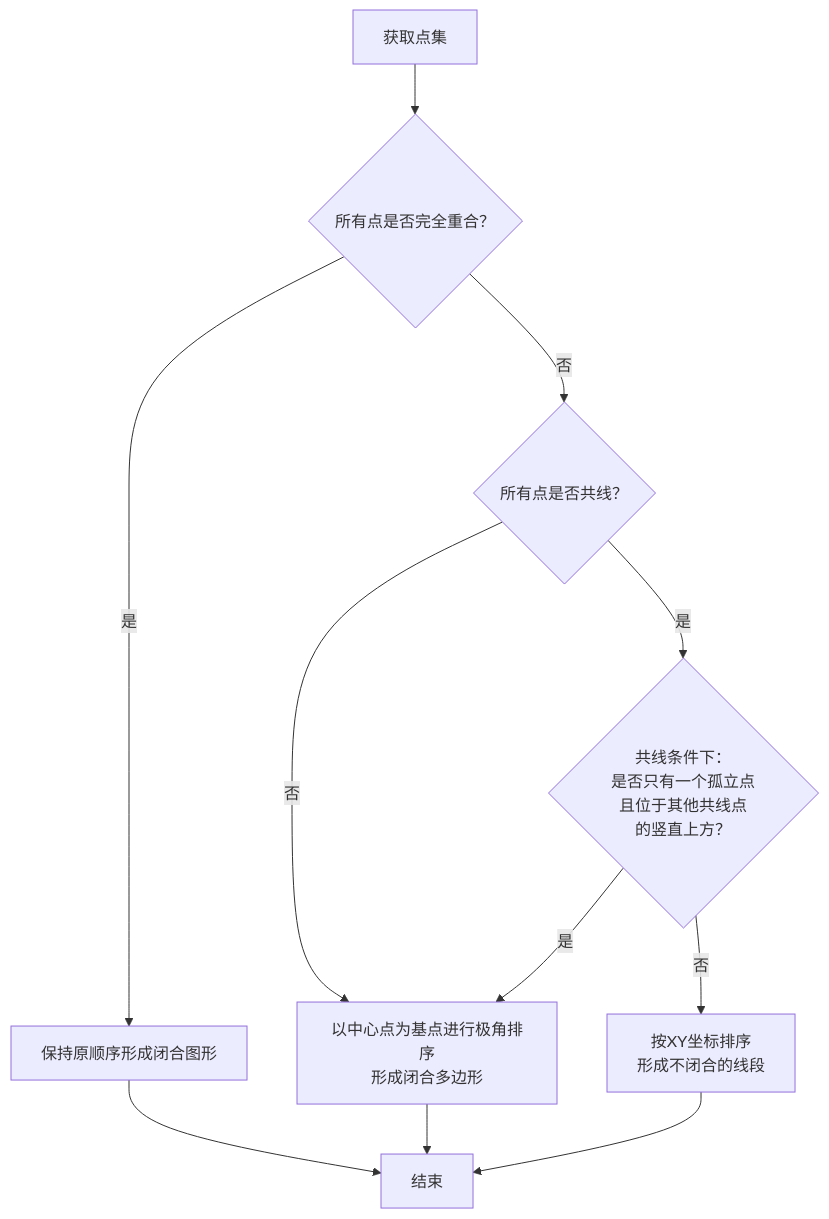
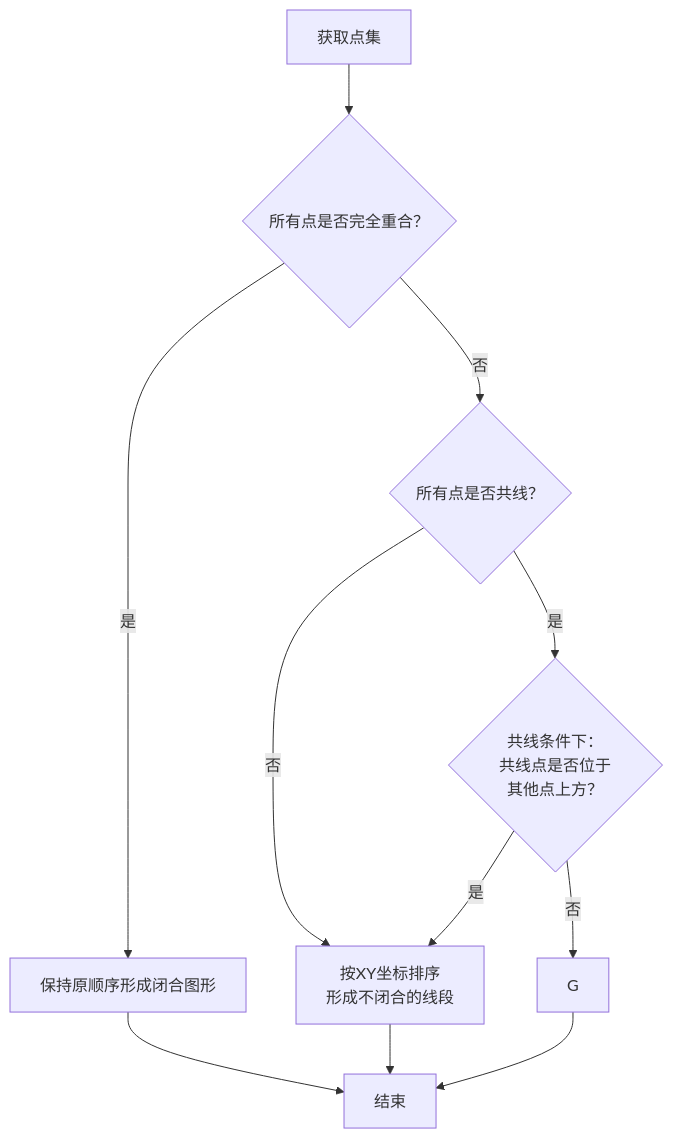
One commit to hiki8man/Mizuki changed the diagram in src/content/posts/diva_connect/index.md. Above: the diagram before and after it, drawn with Mermaid. The commit also changed other lines of this file, not shown here.

````diff
--- a/src/content/posts/diva_connect/index.md
+++ b/src/content/posts/diva_connect/index.md
@@ -167,16 +160,16 @@
 ```mermaid
 graph TB
     A[获取点集] --> B{所有点是否完全重合？}
     B -->|是| C[保持原顺序形成闭合图形]
     B -->|否| D{所有点是否共线？}
     
     D -->|否| E[以中心点为基点进行极角排序<br/>形成闭合多边形]
     
-    D -->|是| F{共线条件下：<br/>是否只有一个孤立点<br/>且位于其他共线点<br/>的竖直上方？}
-    F -->|是| E
-    F -->|否| G[按XY坐标排序<br/>形成不闭合的线段]
+    D -->|是| F{共线条件下：<br/>共线点是否位于<br/>其他点上方？}
+    F -->|是| E[按XY坐标排序<br/>形成不闭合的线段]
+    F -->|否| G
     
     C --> H[结束]
     E --> H
     G --> H
 ```
````
